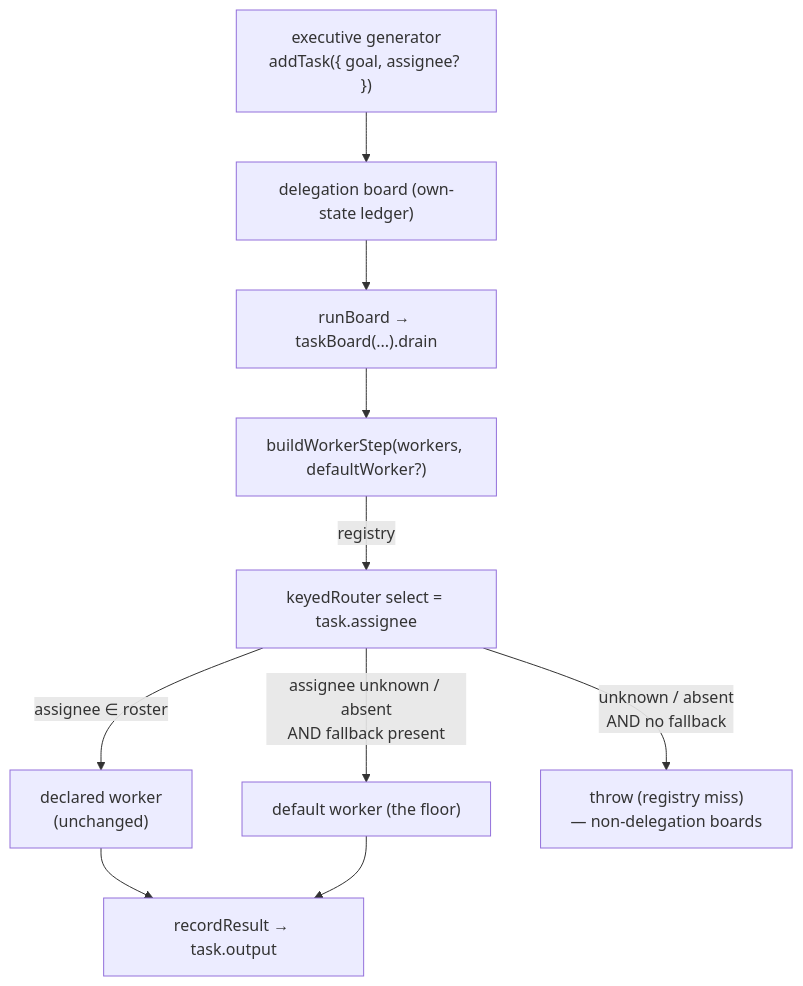
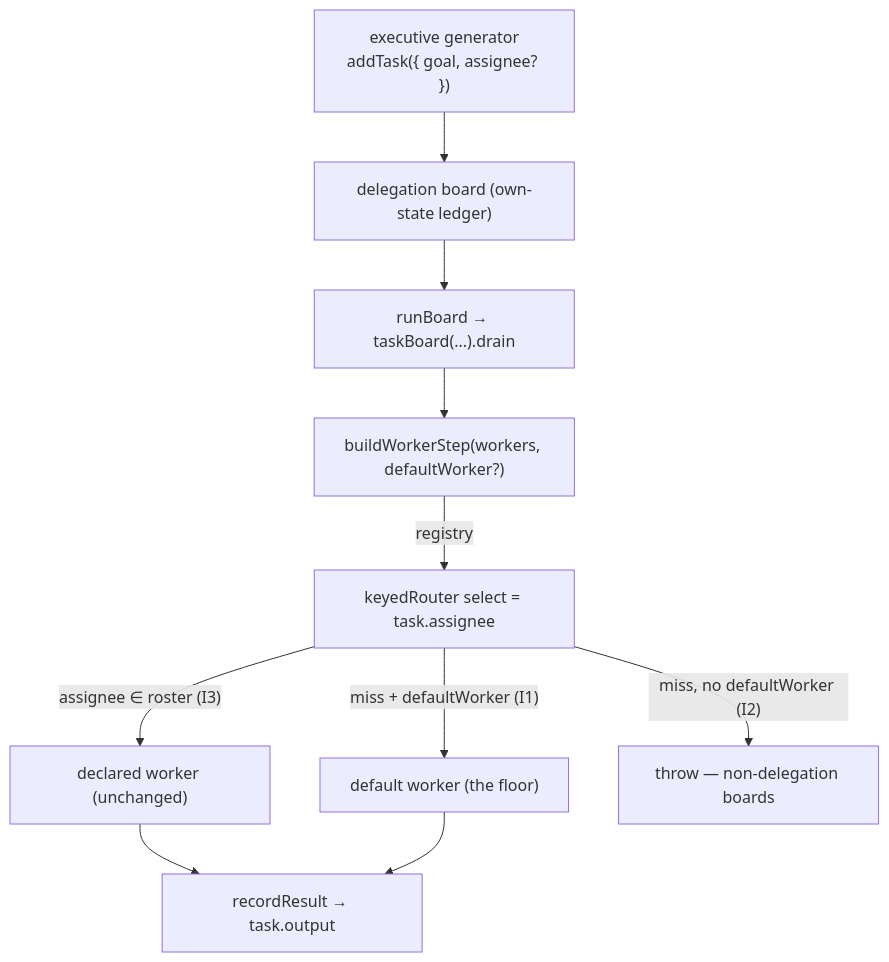
The diagram in docs/specs/FIX-940.md (fixpoint-labs/flow-state-dev), drawn with Mermaid before and after one commit. The commit also changed other lines of this file, not shown here.

````diff
--- a/docs/specs/FIX-940.md
+++ b/docs/specs/FIX-940.md
@@ -116,12 +121,12 @@
 ```mermaid
 flowchart TD
   A["executive generator<br/>addTask({ goal, assignee? })"] --> B["delegation board (own-state ledger)"]
   B --> C["runBoard → taskBoard(...).drain"]
   C --> D["buildWorkerStep(workers, defaultWorker?)"]
   D -->|registry| E["keyedRouter select = task.assignee"]
-  E -->|"assignee ∈ roster"| F["declared worker<br/>(unchanged)"]
-  E -->|"assignee unknown / absent<br/>AND fallback present"| G["default worker (the floor)"]
-  E -->|"unknown / absent<br/>AND no fallback"| H["throw (registry miss)<br/>— non-delegation boards"]
+  E -->|"assignee ∈ roster (I3)"| F["declared worker (unchanged)"]
+  E -->|"miss + defaultWorker (I1)"| G["default worker (the floor)"]
+  E -->|"miss, no defaultWorker (I2)"| H["throw — non-delegation boards"]
   F --> I["recordResult → task.output"]
   G --> I
 ```
````
